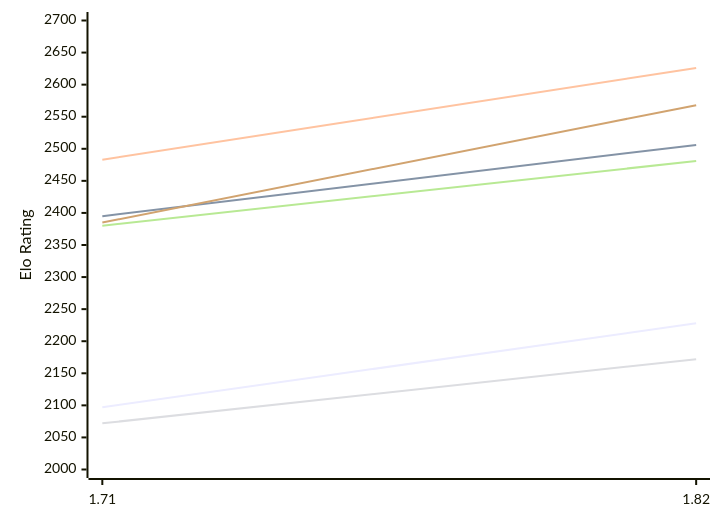
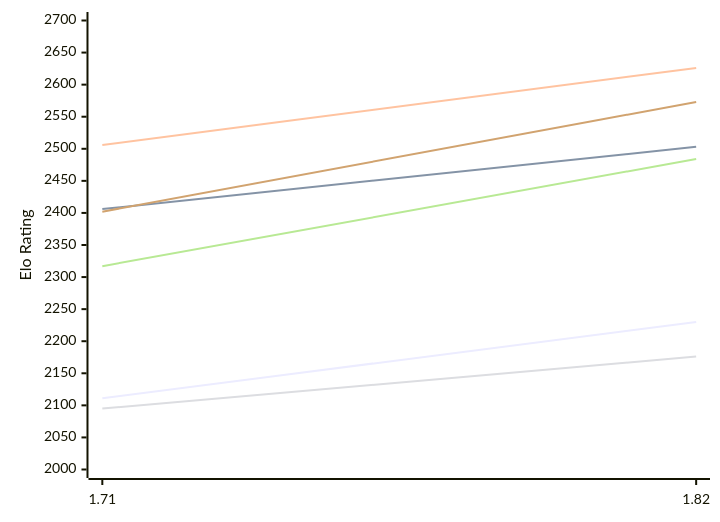
Before and after one commit to computer-chess-index/cci: the first of 2 diagrams in engines/Amira.md, drawn with Mermaid. The commit also changed other lines of this file, not shown here.

Commit message:
Update CCI Ratings (ELO VLTC) - 2026-11-17

````diff
--- a/engines/Amira.md
+++ b/engines/Amira.md
@@ -50,12 +50,12 @@
 ```mermaid
 %%{init: {"theme":"base","themeVariables":{"seriesColors:['#a3a3a3','#222221','#faa371']}}}%%
 xychart-beta
   x-axis ["1.71", "1.82"]
   y-axis "Elo Rating" 2000 --> 2700
-  line "E1: STC (8.0+0.08s)" [2097, 2228]
-  line "E1: LTC (60.0+0.60s)" [2395, 2506]
-  line "E1: VLTC (2m24s+1.12s)" [2483, 2626]
-  line "P1: STC (8.0+0.08s)" [2072, 2172]
-  line "P1: LTC (60.0+0.60s)" [2380, 2481]
-  line "P1: VLTC (2m24s+1.12s)" [2385, 2568]
+  line "E1: STC (8.0+0.08s)" [2111, 2230]
+  line "E1: LTC (60.0+0.60s)" [2406, 2503]
+  line "E1: VLTC (2m24s+1.12s)" [2506, 2626]
+  line "P1: STC (8.0+0.08s)" [2095, 2176]
+  line "P1: LTC (60.0+0.60s)" [2317, 2484]
+  line "P1: VLTC (2m24s+1.12s)" [2402, 2573]
 ```
````
